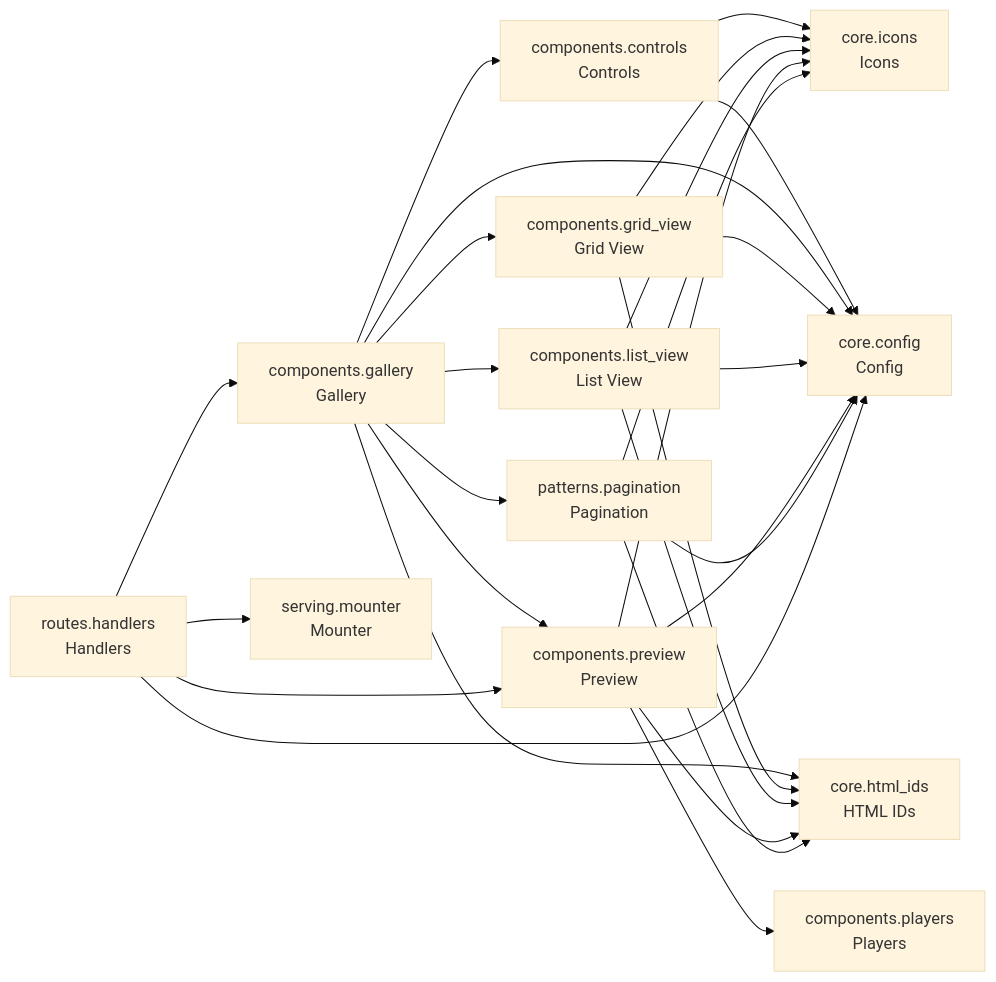
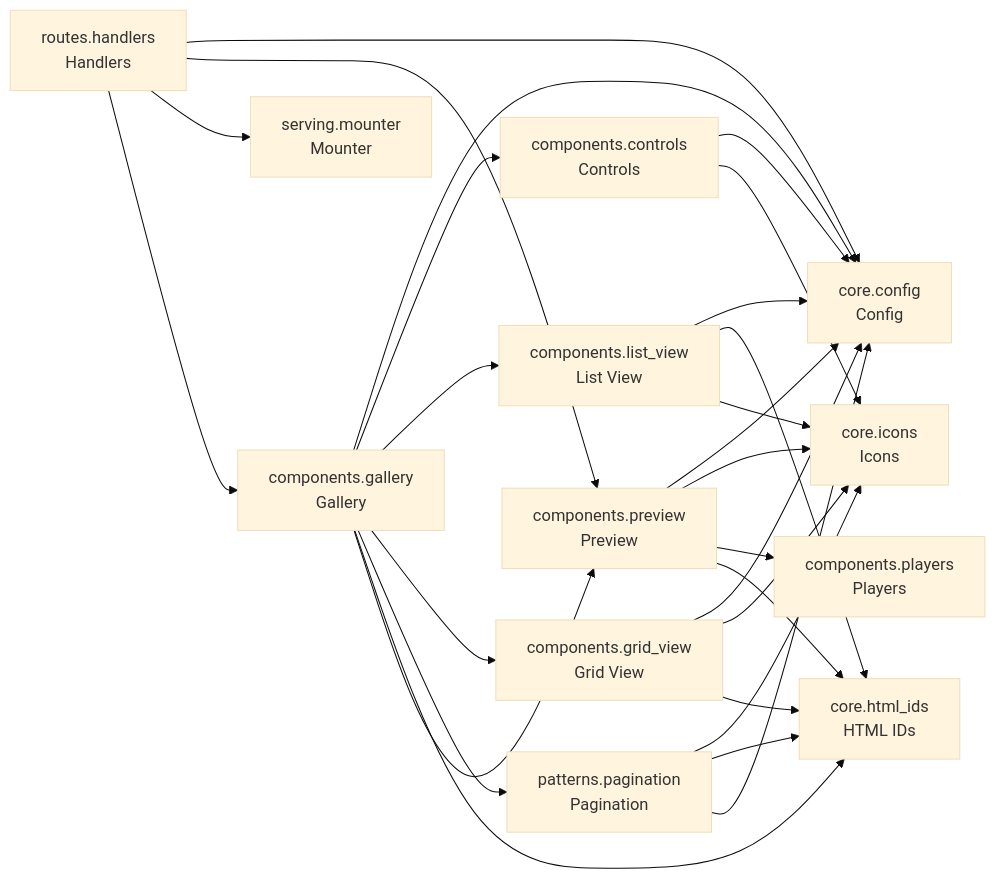
Before and after one commit to cj-mills/cjm-fasthtml-media-gallery: the diagram in README.md, drawn with Mermaid (base theme). The commit also changed other lines of this file and 3 other files, not shown here.

Commit message:
Fix issue where preview modal navigation (Previous/Next) was showing filtered-out file types because the handlers used all files instead of the filtered list.

````diff
--- a/README.md
+++ b/README.md
@@ -37,42 +37,42 @@
 ``` mermaid
 graph LR
     components_controls[components.controls<br/>Controls]
     components_gallery[components.gallery<br/>Gallery]
     components_grid_view[components.grid_view<br/>Grid View]
     components_list_view[components.list_view<br/>List View]
     components_players[components.players<br/>Players]
     components_preview[components.preview<br/>Preview]
     core_config[core.config<br/>Config]
     core_html_ids[core.html_ids<br/>HTML IDs]
     core_icons[core.icons<br/>Icons]
     patterns_pagination[patterns.pagination<br/>Pagination]
     routes_handlers[routes.handlers<br/>Handlers]
     serving_mounter[serving.mounter<br/>Mounter]
 
+    components_controls --> core_config
     components_controls --> core_icons
-    components_controls --> core_config
+    components_gallery --> core_config
+    components_gallery --> components_controls
+    components_gallery --> components_list_view
+    components_gallery --> components_grid_view
+    components_gallery --> patterns_pagination
+    components_gallery --> core_html_ids
     components_gallery --> components_preview
-    components_gallery --> patterns_pagination
-    components_gallery --> components_list_view
-    components_gallery --> core_config
-    components_gallery --> components_grid_view
-    components_gallery --> components_controls
-    components_gallery --> core_html_ids
+    components_grid_view --> core_config
     components_grid_view --> core_icons
-    components_grid_view --> core_config
     components_grid_view --> core_html_ids
     components_list_view --> core_config
+    components_list_view --> core_html_ids
     components_list_view --> core_icons
-    components_list_view --> core_html_ids
+    components_preview --> core_config
     components_preview --> core_icons
-    components_preview --> core_config
+    components_preview --> components_players
     components_preview --> core_html_ids
-    components_preview --> components_players
     patterns_pagination --> core_icons
+    patterns_pagination --> core_html_ids
     patterns_pagination --> core_config
-    patterns_pagination --> core_html_ids
+    routes_handlers --> core_config
     routes_handlers --> components_preview
-    routes_handlers --> core_config
     routes_handlers --> serving_mounter
     routes_handlers --> components_gallery
 ```
````
